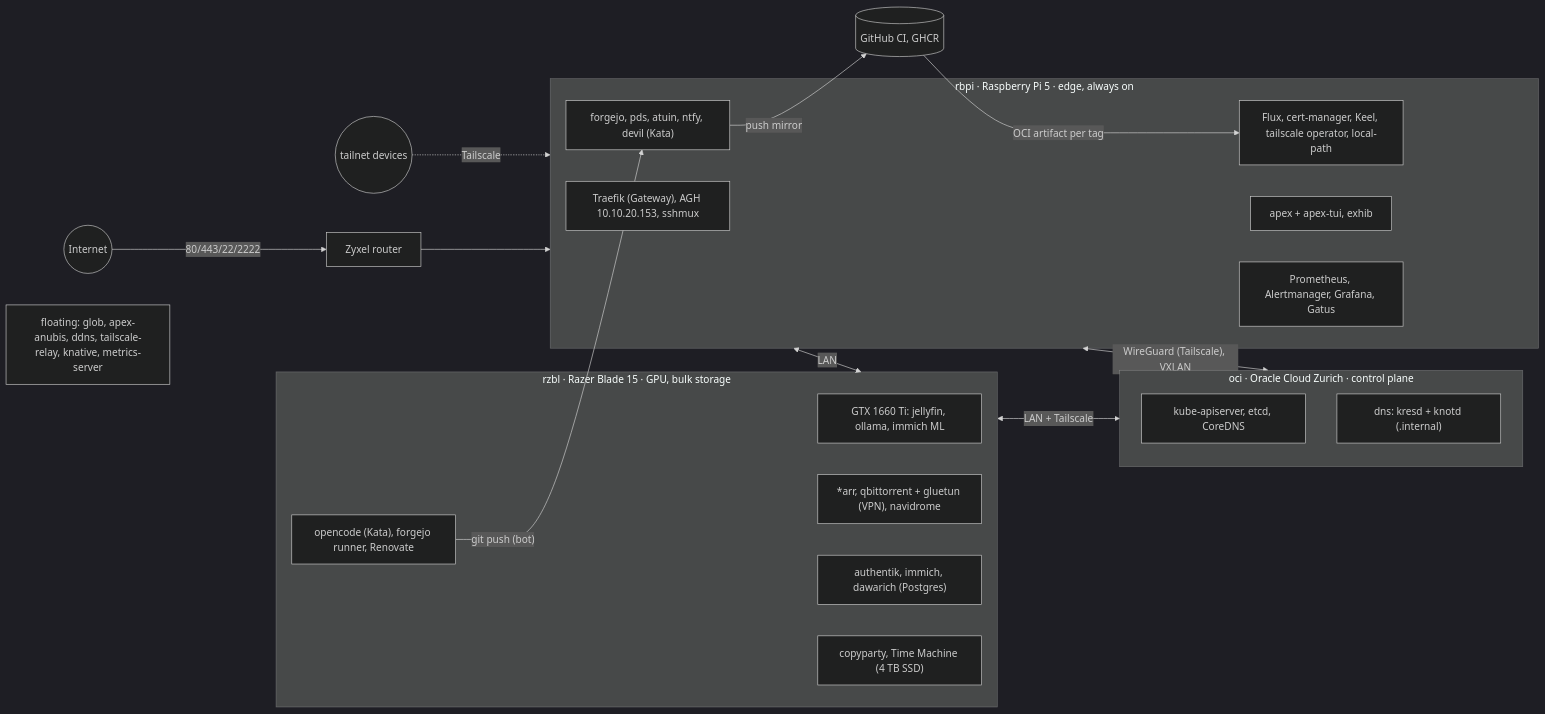
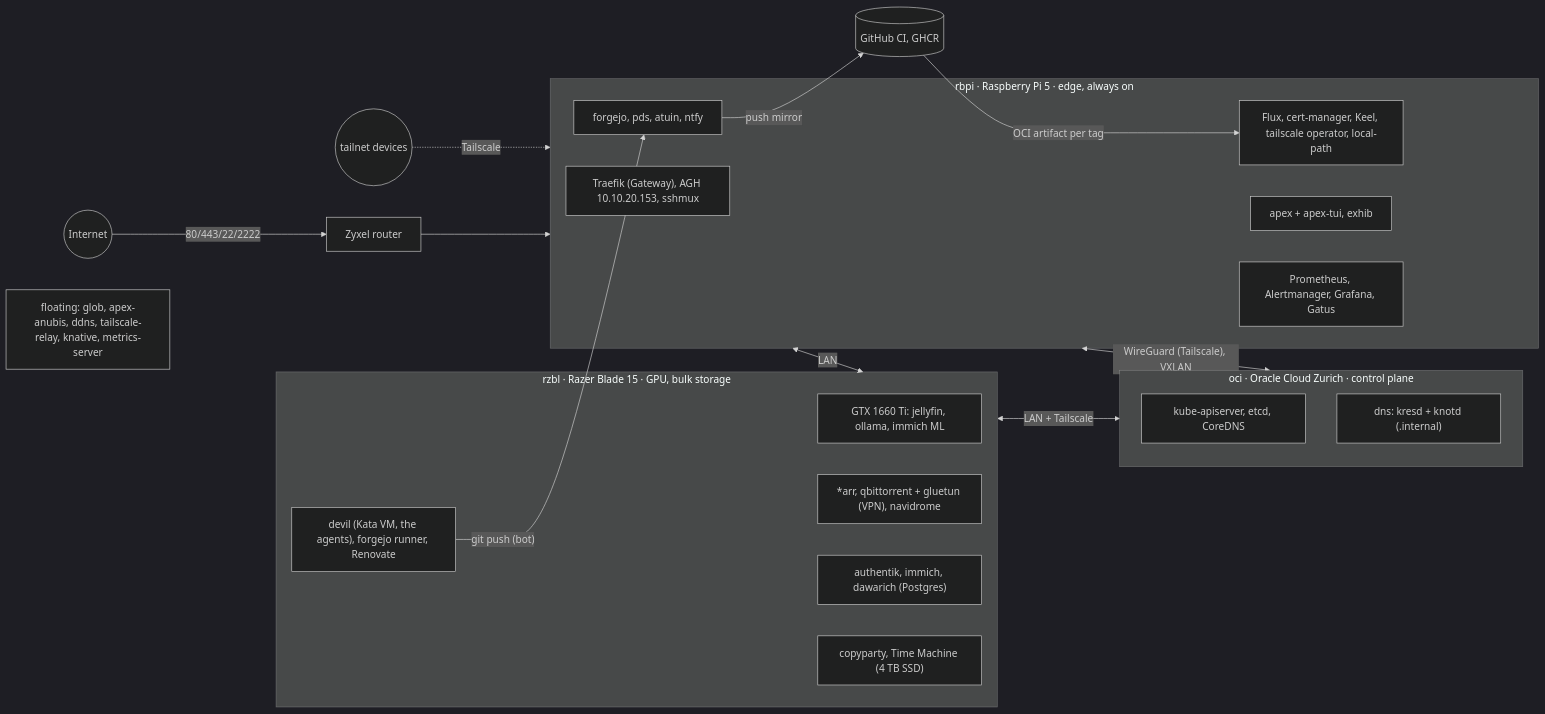
Before and after one commit to bfeitknecht/infra: the diagram in README.md, drawn with Mermaid (dark theme). The commit also changed other lines of this file and 34 other files, not shown here.

Commit message:
opencode removed (rzbl memory): app, Flux entry, cert name, ReferenceGrant, authentik app and provider (absent), image and its CI step, release pin check; devil 3Gi/5Gi, cpu 1/6; just check: every CRD tag must match its chart; atlas and journey to v1.97.0

````diff
--- a/README.md
+++ b/README.md
@@ -39,36 +39,36 @@
 ```mermaid
 flowchart LR
   internet((Internet)) -->|"80/443/22/2222"| router[Zyxel router]
   phone((tailnet devices)) -.->|Tailscale| rbpi
   router --> rbpi
 
   subgraph oci["oci · Oracle Cloud Zurich · control plane"]
     cp[kube-apiserver, etcd, CoreDNS]
     dns["dns: kresd + knotd (.internal)"]
   end
 
   subgraph rbpi["rbpi · Raspberry Pi 5 · edge, always on"]
     edge["Traefik (Gateway), AGH 10.10.20.153, sshmux"]
     ctrl["Flux, cert-manager, Keel, tailscale operator, local-path"]
-    core["forgejo, pds, atuin, ntfy, devil (Kata)"]
+    core["forgejo, pds, atuin, ntfy"]
     web["apex + apex-tui, exhib"]
     mon["Prometheus, Alertmanager, Grafana, Gatus"]
   end
 
   subgraph rzbl["rzbl · Razer Blade 15 · GPU, bulk storage"]
     gpu["GTX 1660 Ti: jellyfin, ollama, immich ML"]
     media["*arr, qbittorrent + gluetun (VPN), navidrome"]
     pg["authentik, immich, dawarich (Postgres)"]
     files["copyparty, Time Machine (4 TB SSD)"]
-    agent["opencode (Kata), forgejo runner, Renovate"]
+    agent["devil (Kata VM, the agents), forgejo runner, Renovate"]
   end
 
   float["floating: glob, apex-anubis, ddns, tailscale-relay, knative, metrics-server"]
 
   rbpi <-->|"WireGuard (Tailscale), VXLAN"| oci
   rzbl <-->|LAN + Tailscale| oci
   rbpi <-->|LAN| rzbl
   agent -->|"git push (bot)"| core
   core -->|"push mirror"| github[(GitHub CI, GHCR)]
   github -->|"OCI artifact per tag"| ctrl
 ```
````
